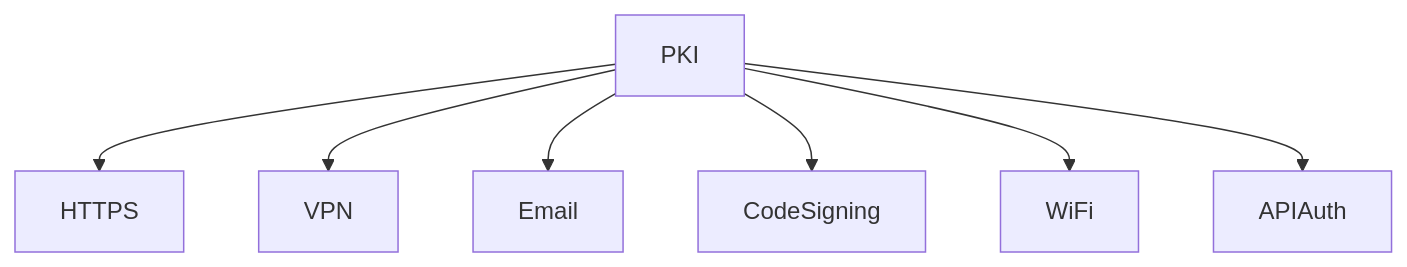
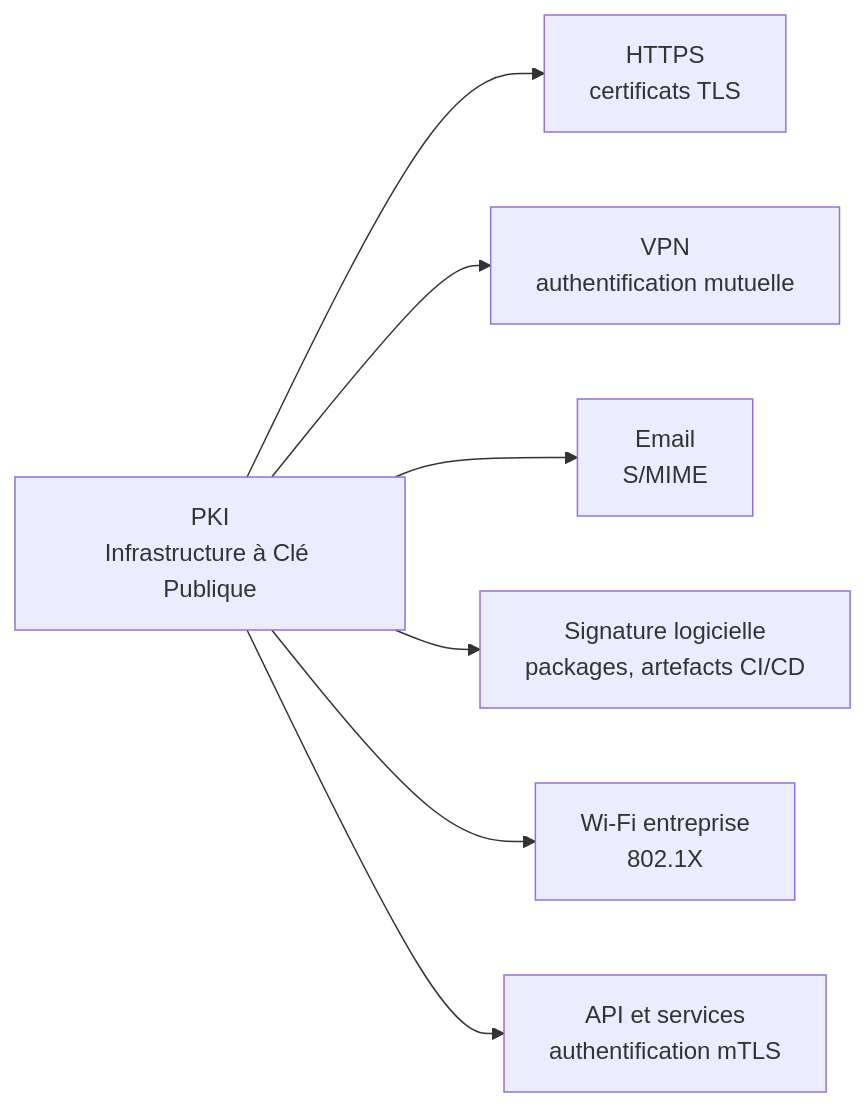
Before and after one commit to zyrass/omnydocs: the first of 6 diagrams in docs/bases/crypto/pki.md, drawn with Mermaid. The commit also changed other lines of this file and 723 other files, not shown here.

````diff
--- a/docs/bases/crypto/pki.md
+++ b/docs/bases/crypto/pki.md
@@ -54,11 +32,11 @@
 ```mermaid
-graph TD
-    PKI[PKI]
+flowchart LR
+    PKI["PKI<br />Infrastructure à Clé Publique"]
 
-    PKI --> HTTPS
-    PKI --> VPN
-    PKI --> Email
-    PKI --> CodeSigning
-    PKI --> WiFi
-    PKI --> APIAuth
+    PKI --> HTTPS["HTTPS<br />certificats TLS"]
+    PKI --> VPN["VPN<br />authentification mutuelle"]
+    PKI --> Email["Email<br />S/MIME"]
+    PKI --> Code["Signature logicielle<br />packages, artefacts CI/CD"]
+    PKI --> WiFi["Wi-Fi entreprise<br />802.1X"]
+    PKI --> API["API et services<br />authentification mTLS"]
 ```
````
